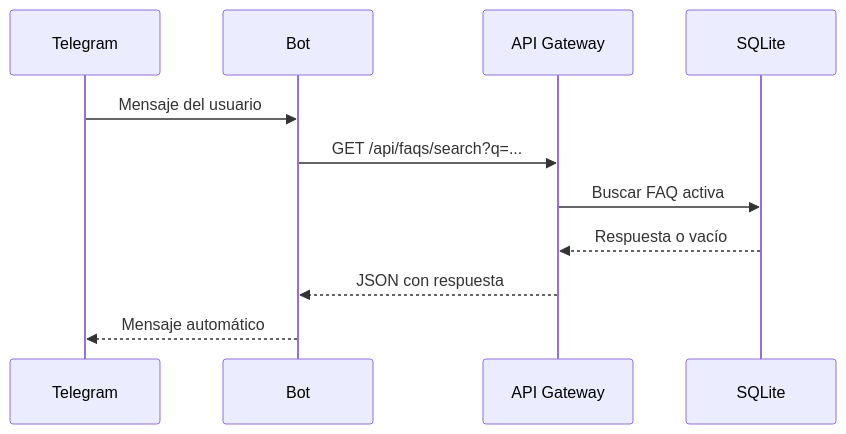
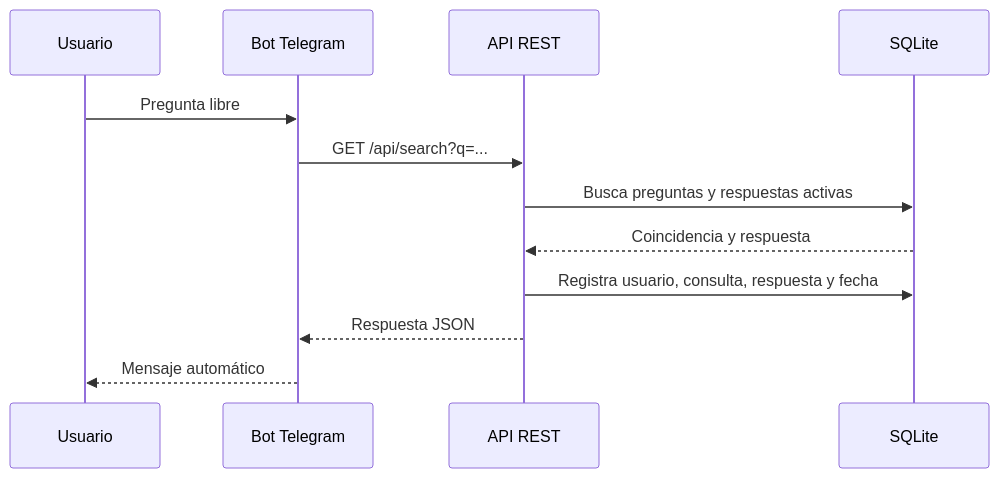
Before and after one commit to Pablo-Fernandez-001/IA1_VACASJUN2026_PABLOFERNANDEZ_201807411: the second of 2 diagrams in practica2/docs/ARQUITECTURA.md, drawn with Mermaid. The commit also changed other lines of this file and 102 other files, not shown here.

````diff
--- a/practica2/docs/ARQUITECTURA.md
+++ b/practica2/docs/ARQUITECTURA.md
@@ -28,13 +30,14 @@
 ```mermaid
 sequenceDiagram
-    participant T as Telegram
-    participant B as Bot
-    participant G as API Gateway
+    participant U as Usuario
+    participant B as Bot Telegram
+    participant A as API REST
     participant D as SQLite
-    T->>B: Mensaje del usuario
-    B->>G: GET /api/faqs/search?q=...
-    G->>D: Buscar FAQ activa
-    D-->>G: Respuesta o vacío
-    G-->>B: JSON con respuesta
-    B-->>T: Mensaje automático
+    U->>B: Pregunta libre
+    B->>A: GET /api/search?q=...
+    A->>D: Busca preguntas y respuestas activas
+    D-->>A: Coincidencia y respuesta
+    A->>D: Registra usuario, consulta, respuesta y fecha
+    A-->>B: Respuesta JSON
+    B-->>U: Mensaje automático
 ```
````
